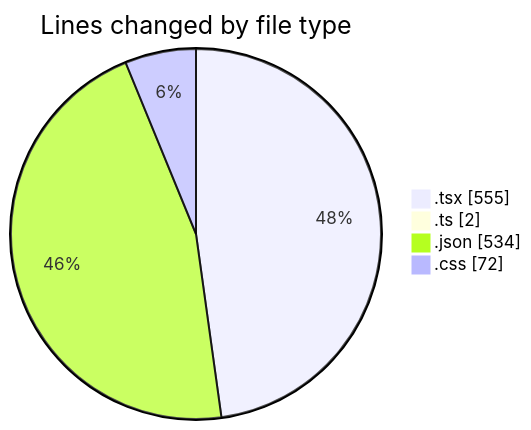
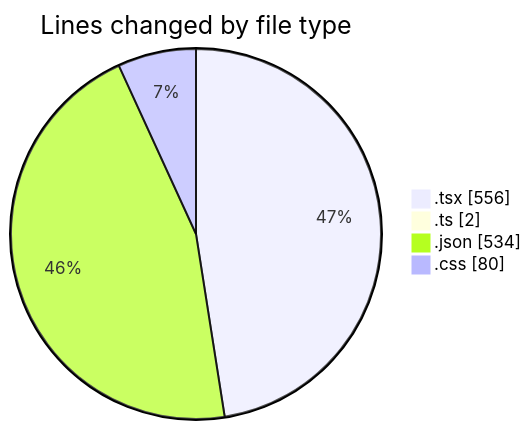
The first of 2 diagrams in 2025-08-02/tw-server/README.md (EIIisD/code-tracking), drawn with Mermaid before and after one commit. The commit also changed other lines of this file and 1 other file, not shown here.

````diff
--- a/2025-08-02/tw-server/README.md
+++ b/2025-08-02/tw-server/README.md
@@ -24,8 +24,8 @@
 ```mermaid
 pie showData
 title Lines changed by file type
-".tsx" : 555
+".tsx" : 556
 ".ts" : 2
 ".json" : 534
-".css" : 72
+".css" : 80
 ```
````
